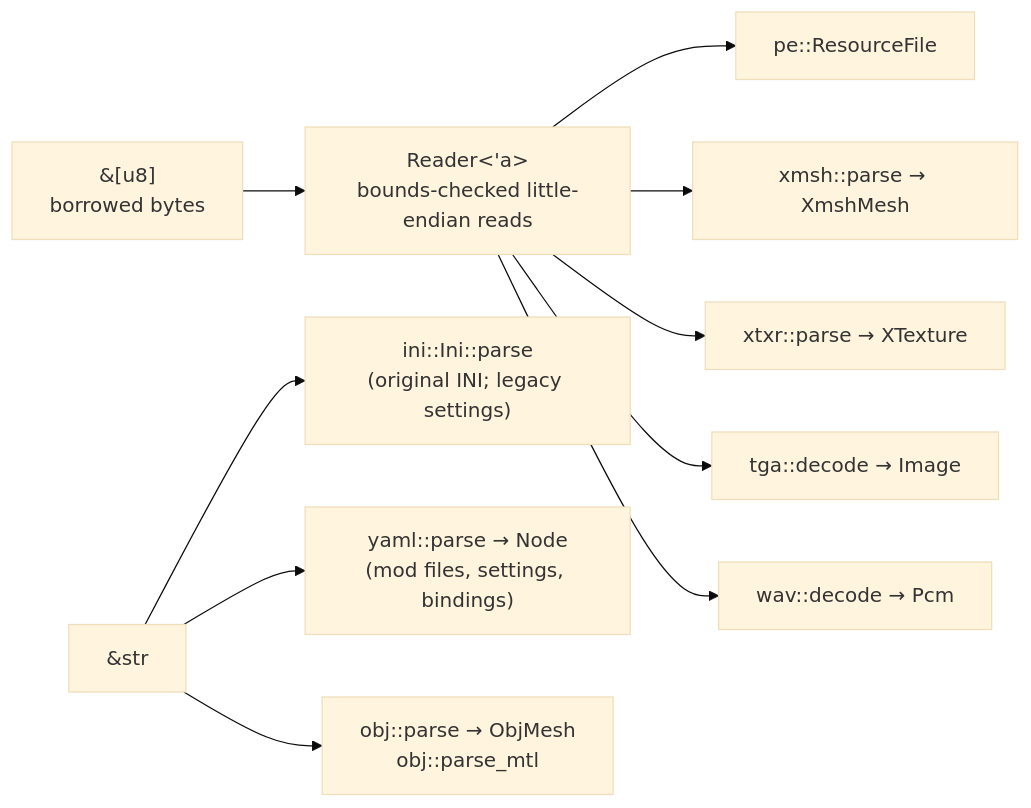
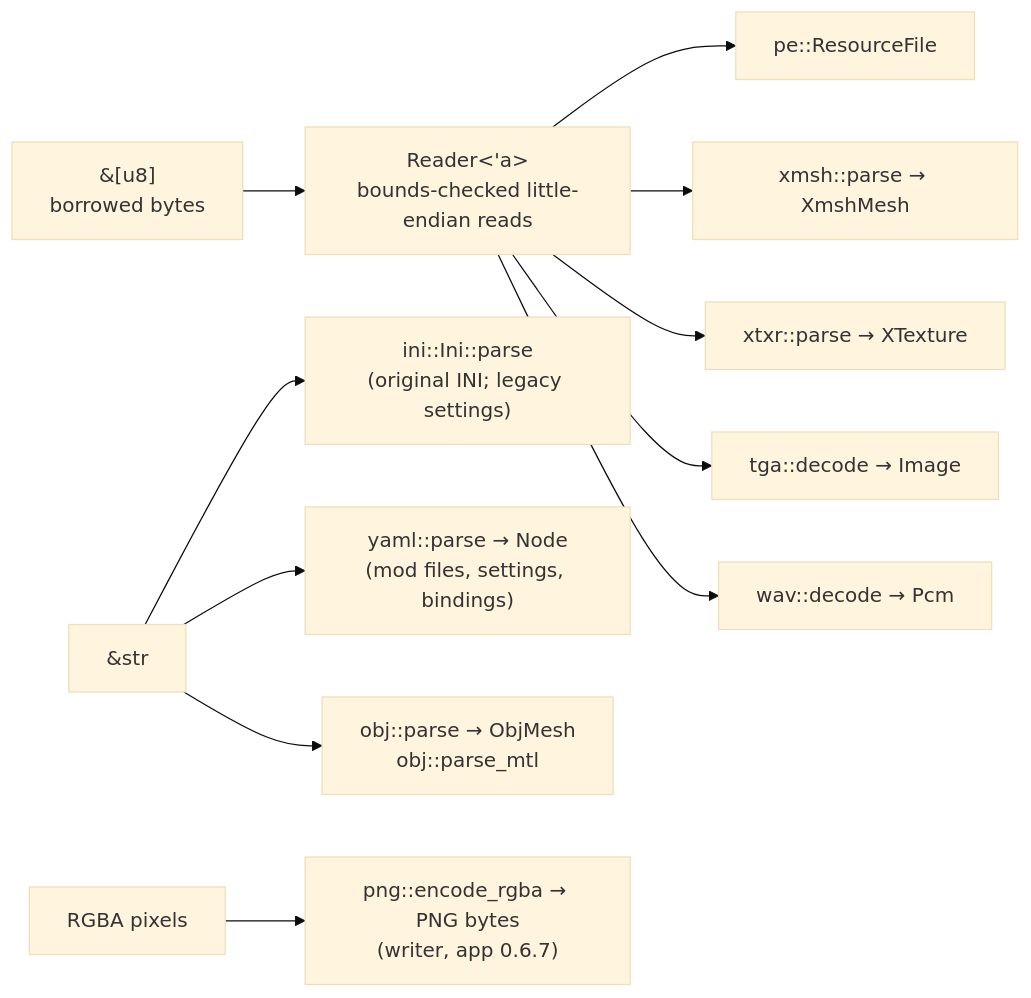
The diagram in docs/implementation/architecture/formats.md (bbogovich/OpenInterceptor), drawn with Mermaid (base theme) before and after one commit. The commit also changed other lines of this file and 45 other files, not shown here.

````diff
--- a/docs/implementation/architecture/formats.md
+++ b/docs/implementation/architecture/formats.md
@@ -9,12 +9,13 @@
 ```mermaid
 flowchart LR
     B["&[u8]<br/>borrowed bytes"] --> RD["Reader&lt;'a&gt;<br/>bounds-checked little-endian reads"]
     RD --> PE["pe::ResourceFile"]
     RD --> XM["xmsh::parse → XmshMesh"]
     RD --> XT["xtxr::parse → XTexture"]
     RD --> TG["tga::decode → Image"]
     RD --> WV["wav::decode → Pcm"]
     TXT["&str"] --> INI["ini::Ini::parse<br/>(original INI; legacy settings)"]
     TXT --> YML["yaml::parse → Node<br/>(mod files, settings, bindings)"]
     TXT --> OBJ["obj::parse → ObjMesh<br/>obj::parse_mtl"]
+    RGBA["RGBA pixels"] --> PNG["png::encode_rgba → PNG bytes<br/>(writer, app 0.6.7)"]
 ```
````
